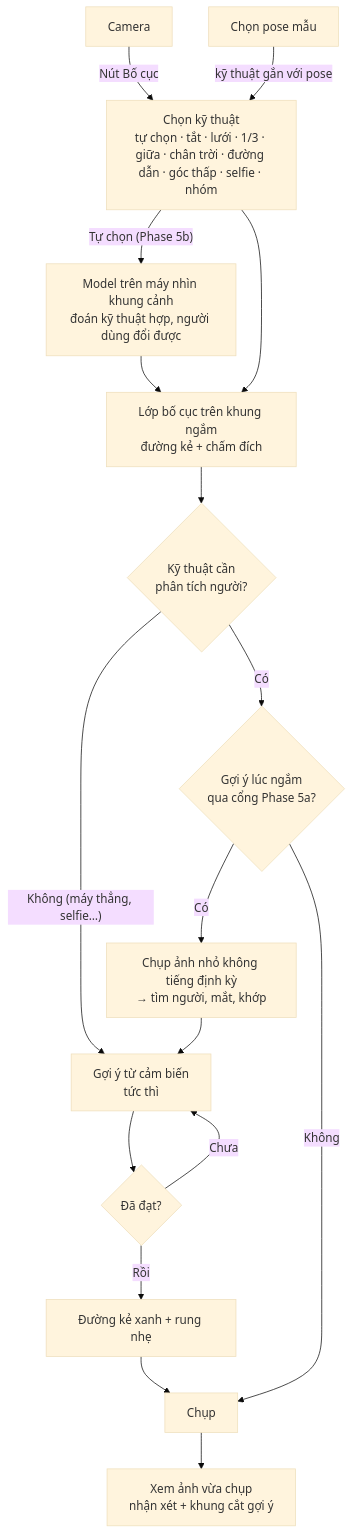
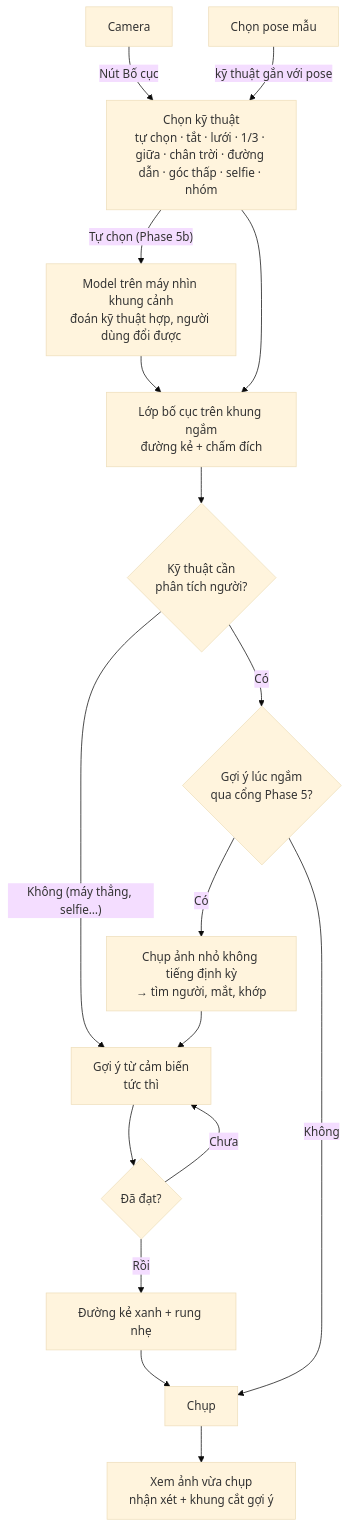
Before and after one commit to tktnq2004/TakeASnap: the fourth of 7 diagrams in docs/business-flow.md, drawn with Mermaid (base theme). The commit also changed other lines of this file and 4 other files, not shown here.

````diff
--- a/docs/business-flow.md
+++ b/docs/business-flow.md
@@ -257,19 +257,19 @@
 ```mermaid
 flowchart TD
     CAM[Camera] -- "Nút Bố cục" --> PICK[Chọn kỹ thuật<br/>tự chọn · tắt · lưới · 1/3 · giữa · chân trời · đường dẫn · góc thấp · selfie · nhóm]
     PICK -- "Tự chọn (Phase 5b)" --> AUTO[Model trên máy nhìn khung cảnh<br/>đoán kỹ thuật hợp, người dùng đổi được]
     AUTO --> GUIDE
     POSE[Chọn pose mẫu] -- "kỹ thuật gắn với pose" --> PICK
     PICK --> GUIDE[Lớp bố cục trên khung ngắm<br/>đường kẻ + chấm đích]
     GUIDE --> SENSE{Kỹ thuật cần<br/>phân tích người?}
     SENSE -- "Không (máy thẳng, selfie…)" --> HINT[Gợi ý từ cảm biến<br/>tức thì]
-    SENSE -- "Có" --> LIVE{Gợi ý lúc ngắm<br/>qua cổng Phase 5a?}
+    SENSE -- "Có" --> LIVE{Gợi ý lúc ngắm<br/>qua cổng Phase 5?}
     LIVE -- "Có" --> ANALYZE[Chụp ảnh nhỏ không tiếng định kỳ<br/>→ tìm người, mắt, khớp]
     ANALYZE --> HINT
     LIVE -- "Không" --> SHOOT
     HINT --> OK{Đã đạt?}
     OK -- "Chưa" --> HINT
     OK -- "Rồi" --> GREEN[Đường kẻ xanh + rung nhẹ]
     GREEN --> SHOOT[Chụp]
     SHOOT --> REVIEW[Xem ảnh vừa chụp<br/>nhận xét + khung cắt gợi ý]
 ```
````
